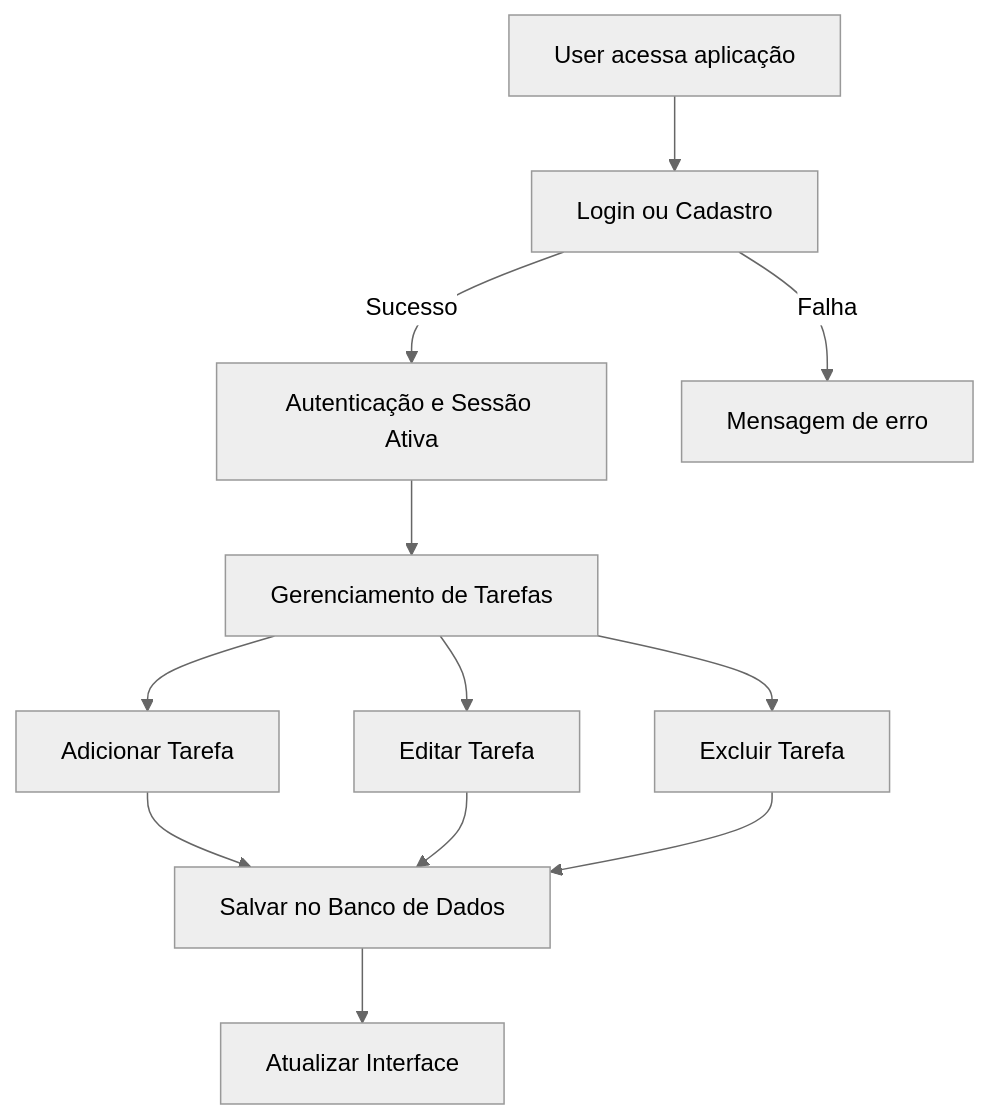
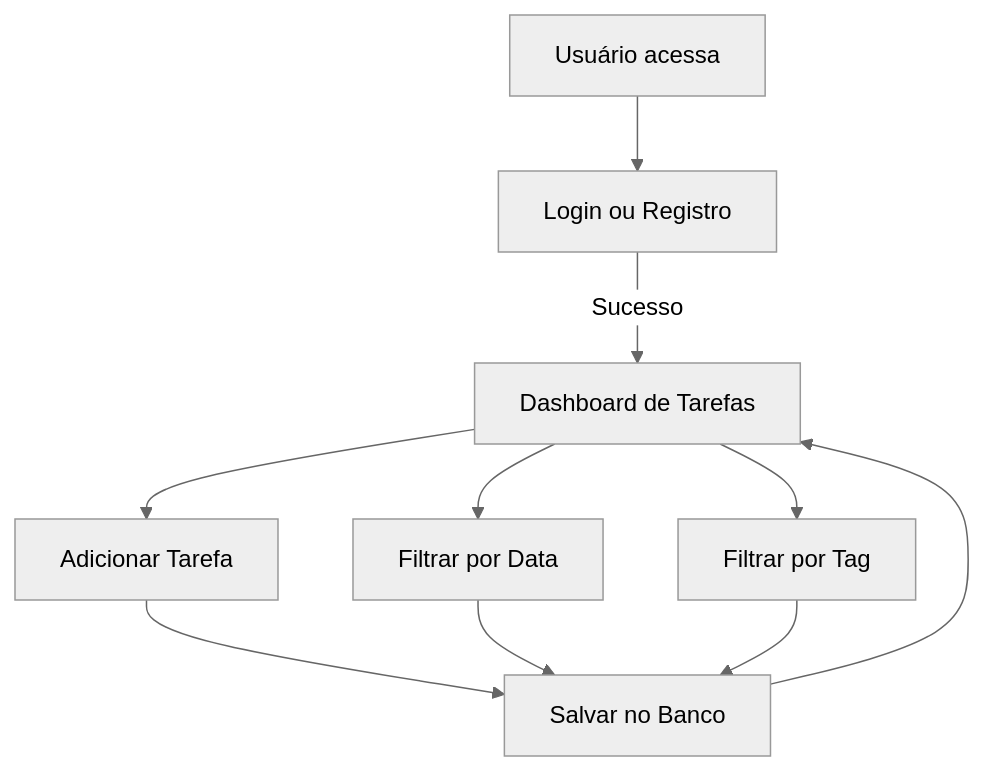
The diagram in README.md (KaioDamasceno/Java-3-4Bimestres), drawn with Mermaid (neutral theme) before and after one commit. The commit also changed other lines of this file, not shown here.

````diff
--- a/README.md
+++ b/README.md
@@ -89,17 +128,12 @@
-```mermaid
+``` mermaid
 flowchart TD
-    A[User acessa aplicação] --> B[Login ou Cadastro]
-    B -->|Sucesso| C[Autenticação e Sessão Ativa]
-    B -->|Falha| D[Mensagem de erro]
-
-    C --> E[Gerenciamento de Tarefas]
-    E --> F[Adicionar Tarefa]
-    E --> G[Editar Tarefa]
-    E --> H[Excluir Tarefa]
-
-    F --> I[Salvar no Banco de Dados]
-    G --> I
-    H --> I
-
-    I --> J[Atualizar Interface]
+    A[Usuário acessa] --> B[Login ou Registro]
+    B -->|Sucesso| C[Dashboard de Tarefas]
+    C --> D[Adicionar Tarefa]
+    C --> E[Filtrar por Data]
+    C --> F[Filtrar por Tag]
+    D --> G[Salvar no Banco]
+    E --> G
+    F --> G
+    G --> C
 ```
````
